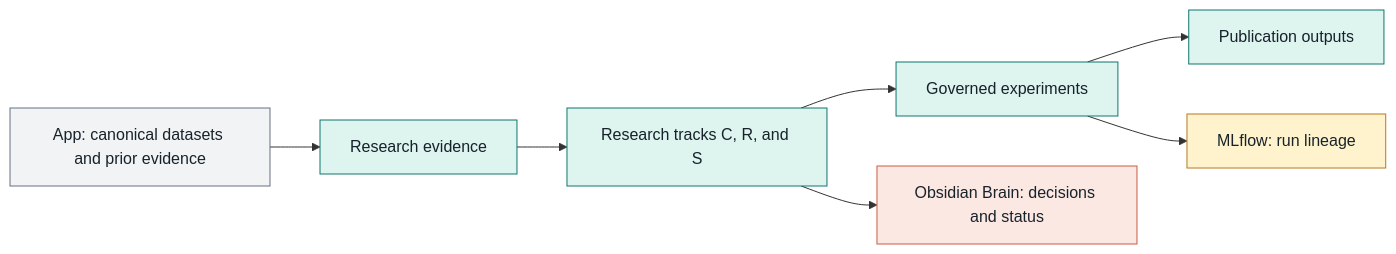
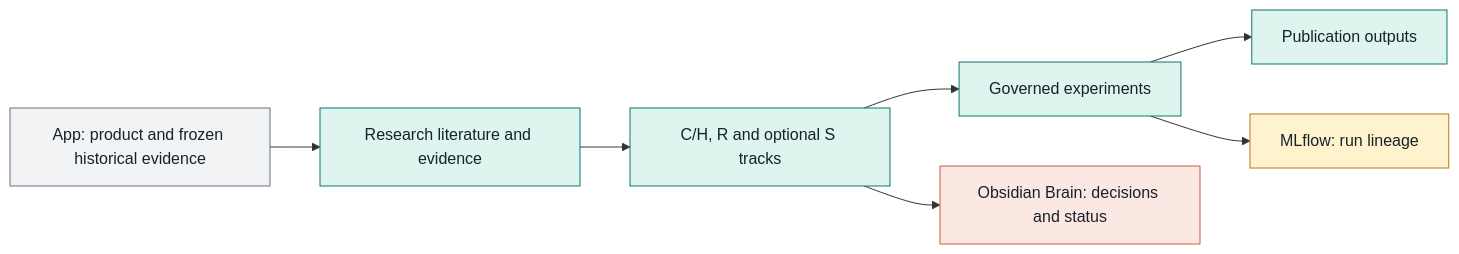
Before and after one commit to siriponsri/myIS: the diagram in README.md, drawn with Mermaid. The commit also changed other lines of this file and 28 other files, not shown here.

````diff
--- a/README.md
+++ b/README.md
@@ -31,21 +31,21 @@
 ```mermaid
 flowchart LR
     accTitle: myIS project architecture
     accDescr: The application supplies canonical source evidence, Research governs scientific work, the Brain records readable decisions, and MLflow stores experiment lineage.
 
-    App["App: canonical datasets and prior evidence"] --> Evidence["Research evidence"]
-    Evidence --> Tracks["Research tracks C, R, and S"]
+    App["App: product and frozen historical evidence"] --> Evidence["Research literature and evidence"]
+    Evidence --> Tracks["C/H, R and optional S tracks"]
     Tracks --> Experiments["Governed experiments"]
     Experiments --> Outputs["Publication outputs"]
     Tracks --> Brain["Obsidian Brain: decisions and status"]
     Experiments --> MLflow["MLflow: run lineage"]
 
     classDef source fill:#F1F3F5,stroke:#667085,color:#17222B
     classDef research fill:#DDF4EF,stroke:#0F766E,color:#17222B
     classDef control fill:#FCE8E3,stroke:#C95D42,color:#17222B
     classDef record fill:#FFF3CD,stroke:#B7791F,color:#17222B
     class App source
     class Evidence,Tracks,Experiments,Outputs research
     class Brain control
     class MLflow record
 ```
````
